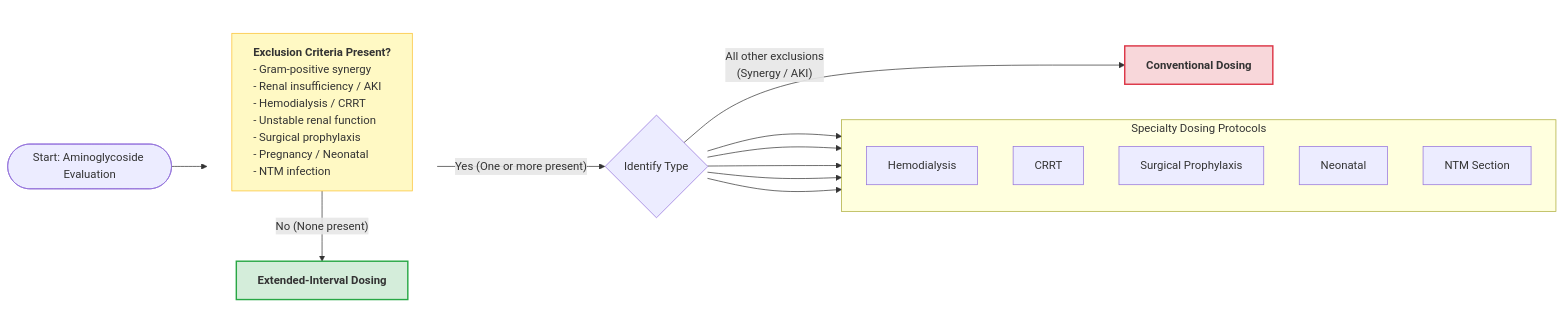
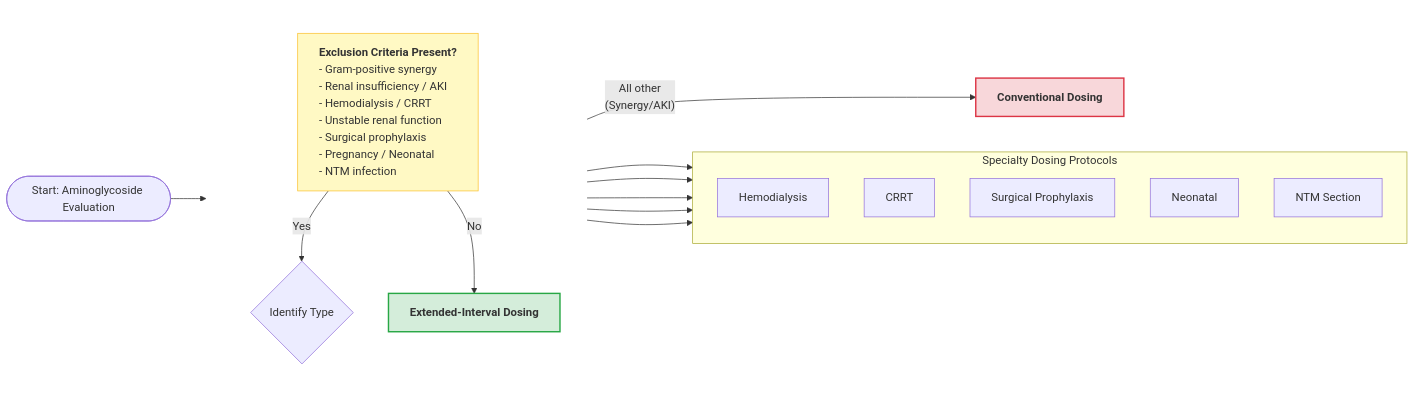
Before and after one commit to shemtsai/Aminoglycoside-Calculator: the diagram in dosing-strategy.md, drawn with Mermaid.

Commit message:
Refactor flowchart for aminoglycoside evaluation

````diff
--- a/dosing-strategy.md
+++ b/dosing-strategy.md
@@ -38,39 +38,43 @@
 ```mermaid
 flowchart LR
-    Start([Start: Aminoglycoside Evaluation]) --> Criteria[<b>Exclusion Criteria Present?</b><br/>- Gram-positive synergy<br/>- Renal insufficiency / AKI<br/>- Hemodialysis / CRRT<br/>- Unstable renal function<br/>- Surgical prophylaxis<br/>- Pregnancy / Neonatal<br/>- NTM infection]
-    
-    style Criteria fill:#fff9c4,stroke:#fbc02d,text-align:left
+    Start([Start: Aminoglycoside Evaluation]) --> Criteria
 
-    %% THE VERTICAL DROP
-    subgraph Main_Path [ ]
+    subgraph Decision_Column [ ]
         direction TB
-        Criteria
+        Criteria[<b>Exclusion Criteria Present?</b><br/>- Gram-positive synergy<br/>- Renal insufficiency / AKI<br/>- Hemodialysis / CRRT<br/>- Unstable renal function<br/>- Surgical prophylaxis<br/>- Pregnancy / Neonatal<br/>- NTM infection]
+        
+        %% The Yes path drops vertically
+        ExclusionType{Identify Type}
+        
+        %% The No path also drops vertically
         EI[<b>Extended-Interval Dosing</b>]
     end
-    Criteria -- "No (None present)" --> EI
+
+    %% Connections
+    Criteria -- "Yes" --> ExclusionType
+    Criteria -- "No" --> EI
+
+    %% Side Branches from the Identify Type diamond
+    ExclusionType -- "All other<br/>(Synergy/AKI)" --> F[<b>Conventional Dosing</b>]
+    
+    ExclusionType --> G
+    ExclusionType --> H
+    ExclusionType --> I
+    ExclusionType --> J
+    ExclusionType --> K
+
+    %% Styling
+    style Criteria fill:#fff9c4,stroke:#fbc02d,text-align:left
     style EI fill:#d4edda,stroke:#28a745,stroke-width:2px
-    style Main_Path fill:none,stroke:none
+    style F fill:#f8d7da,stroke:#dc3545,stroke-width:2px
+    style Decision_Column fill:none,stroke:none
 
-    %% THE HORIZONTAL BRANCH
-    Criteria -- "Yes (One or more present)" --> ExclusionType{Identify Type}
-
-    %% Default Path
-    ExclusionType -- "All other exclusions<br/>(Synergy / AKI)" --> F[<b>Conventional Dosing</b>]
-    style F fill:#f8d7da,stroke:#dc3545,stroke-width:2px
-
-    %% Specialty protocols branch out
     subgraph Specialty_Protocols [Specialty Dosing Protocols]
         direction TB
         G[Hemodialysis]
         H[CRRT]
         I[Surgical Prophylaxis]
         J[Neonatal]
         K[NTM Section]
     end
-
-    ExclusionType --> G
-    ExclusionType --> H
-    ExclusionType --> I
-    ExclusionType --> J
-    ExclusionType --> K
 ```
````
